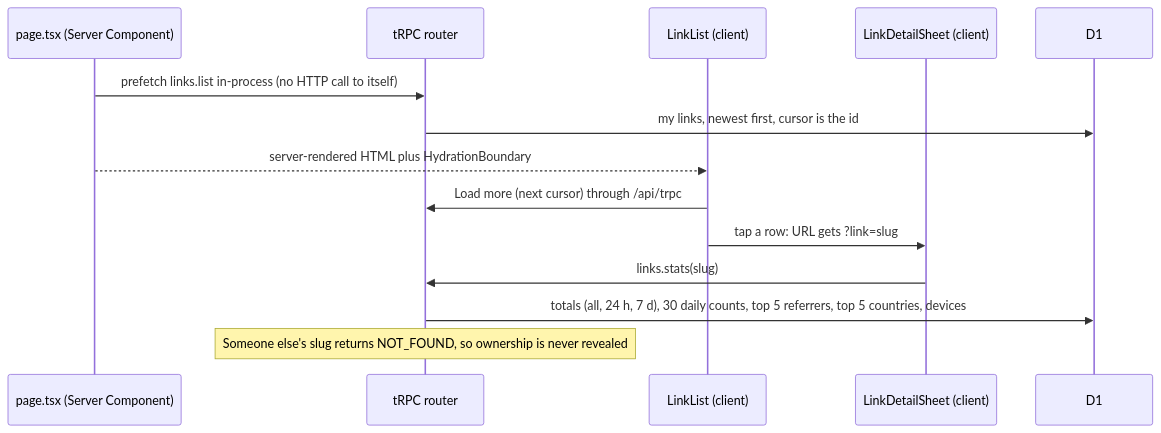
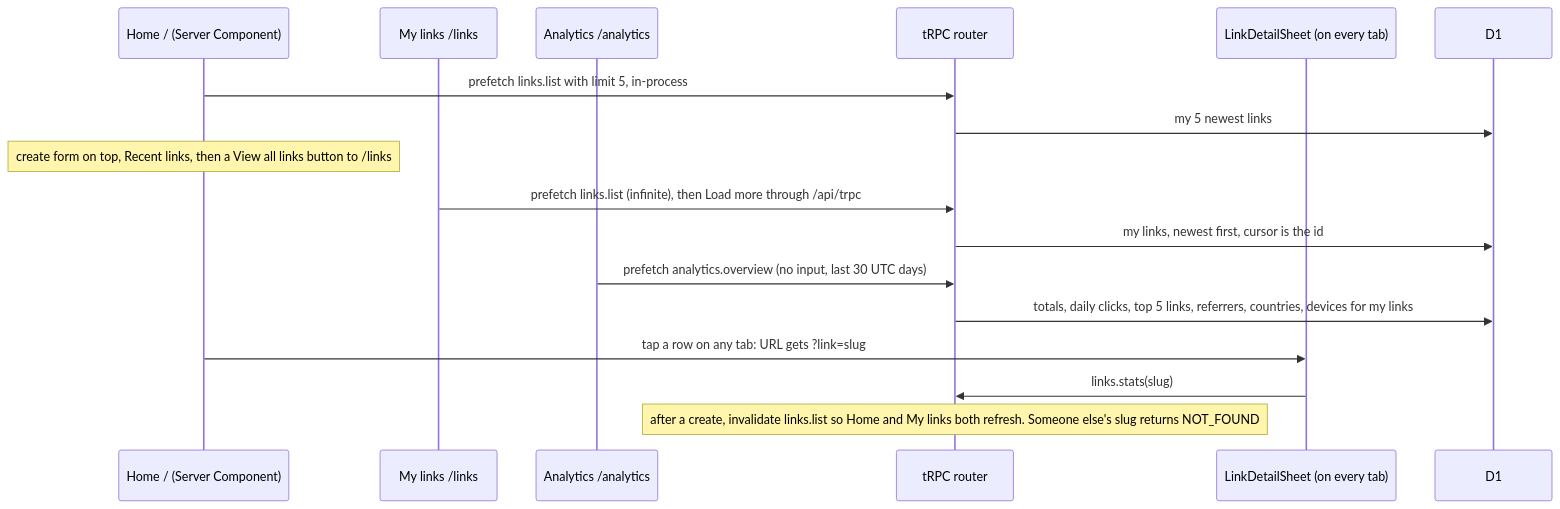
The fifth of 6 diagrams in docs/architecture/flows.md (ashok-2003/url-shortener), drawn with Mermaid before and after one commit. The commit also changed other lines of this file and 2 other files, not shown here.

Commit message:
docs(plan): add integration harness fallback and analytics.overview task; three-tab flow diagram
Task H adds a minimal workers Vitest project, because D's harness isn't on main yet.
Task 3 now builds shared aggregate queries and keeps fixtures.ts, because B's
analytics stub reads it. The new Task 7 implements analytics.overview (addendum
47aa513) and deletes the fixtures. Diagram 5 shows the three tabs, and the
scaling notes name the overview as the second D1 hot spot.

````diff
--- a/docs/architecture/flows.md
+++ b/docs/architecture/flows.md
@@ -117,16 +120,19 @@
 ```mermaid
 sequenceDiagram
-  participant P as page.tsx (Server Component)
+  participant H as Home / (Server Component)
+  participant ML as My links /links
+  participant AN as Analytics /analytics
   participant RT as tRPC router
-  participant L as LinkList (client)
-  participant S as LinkDetailSheet (client)
+  participant S as LinkDetailSheet (on every tab)
   participant DB as D1
-  P->>RT: prefetch links.list in-process (no HTTP call to itself)
+  H->>RT: prefetch links.list with limit 5, in-process
+  RT->>DB: my 5 newest links
+  Note over H: create form on top, Recent links, then a View all links button to /links
+  ML->>RT: prefetch links.list (infinite), then Load more through /api/trpc
   RT->>DB: my links, newest first, cursor is the id
-  P-->>L: server-rendered HTML plus HydrationBoundary
-  L->>RT: Load more (next cursor) through /api/trpc
-  L->>S: tap a row: URL gets ?link=slug
+  AN->>RT: prefetch analytics.overview (no input, last 30 UTC days)
+  RT->>DB: totals, daily clicks, top 5 links, referrers, countries, devices for my links
+  H->>S: tap a row on any tab: URL gets ?link=slug
   S->>RT: links.stats(slug)
-  RT->>DB: totals (all, 24 h, 7 d), 30 daily counts, top 5 referrers, top 5 countries, devices
-  Note over RT: Someone else's slug returns NOT_FOUND, so ownership is never revealed
+  Note over RT: after a create, invalidate links.list so Home and My links both refresh. Someone else's slug returns NOT_FOUND
 ```
````
